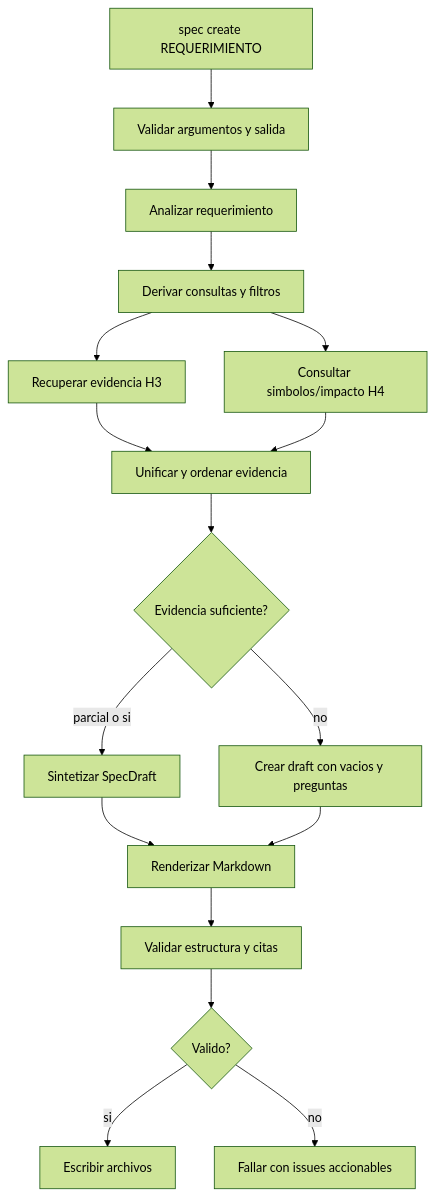
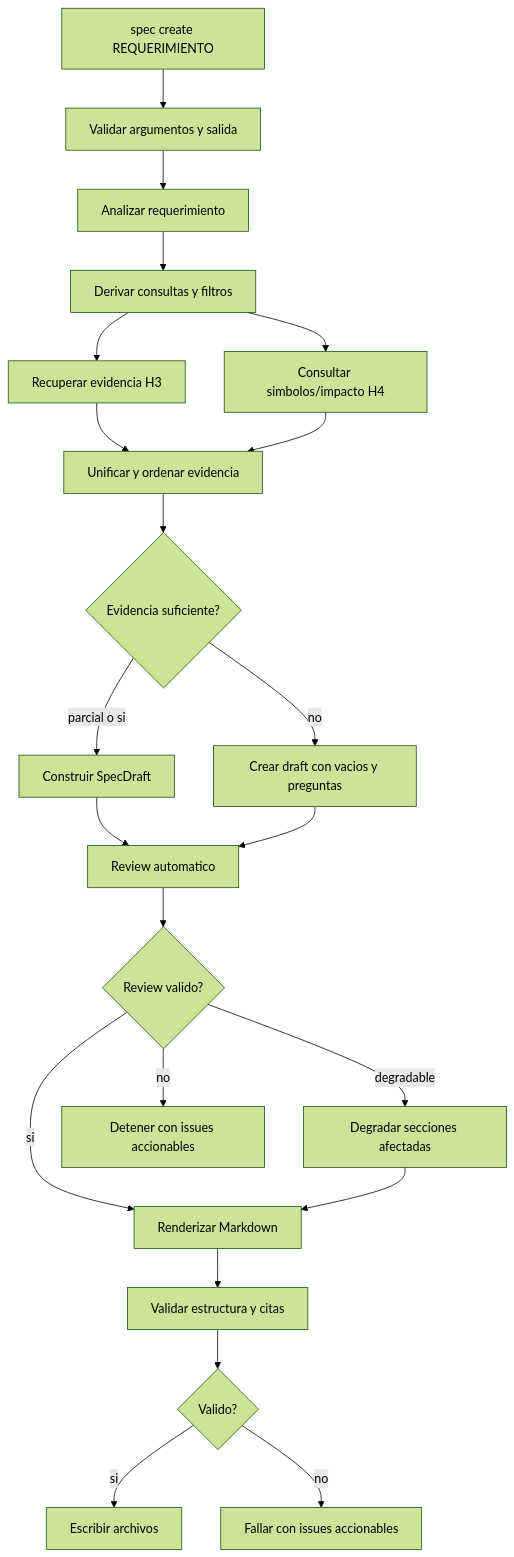
One commit to fcamasca/barbarion changed the third of 3 diagrams in specs/H5-SpecMode/design.md. Above: the diagram before and after it, drawn with Mermaid (forest theme). The commit also changed other lines of this file and 3 other files, not shown here.

````diff
--- a/specs/H5-SpecMode/design.md
+++ b/specs/H5-SpecMode/design.md
@@ -178,19 +181,24 @@
 ```mermaid
 flowchart TD
     A["spec create REQUERIMIENTO"] --> B["Validar argumentos y salida"]
     B --> C["Analizar requerimiento"]
     C --> D["Derivar consultas y filtros"]
     D --> E["Recuperar evidencia H3"]
     D --> F["Consultar simbolos/impacto H4"]
     E --> G["Unificar y ordenar evidencia"]
     F --> G
     G --> H{"Evidencia suficiente?"}
-    H -->|parcial o si| I["Sintetizar SpecDraft"]
+    H -->|parcial o si| I["Construir SpecDraft"]
     H -->|no| J["Crear draft con vacios y preguntas"]
-    I --> K["Renderizar Markdown"]
+    I --> K["Review automatico"]
     J --> K
-    K --> L["Validar estructura y citas"]
-    L --> M{"Valido?"}
-    M -->|si| N["Escribir archivos"]
-    M -->|no| O["Fallar con issues accionables"]
+    K --> L{"Review valido?"}
+    L -->|si| M["Renderizar Markdown"]
+    L -->|degradable| N["Degradar secciones afectadas"]
+    N --> M
+    L -->|no| O["Detener con issues accionables"]
+    M --> P["Validar estructura y citas"]
+    P --> Q{"Valido?"}
+    Q -->|si| R["Escribir archivos"]
+    Q -->|no| S["Fallar con issues accionables"]
 ```
````
